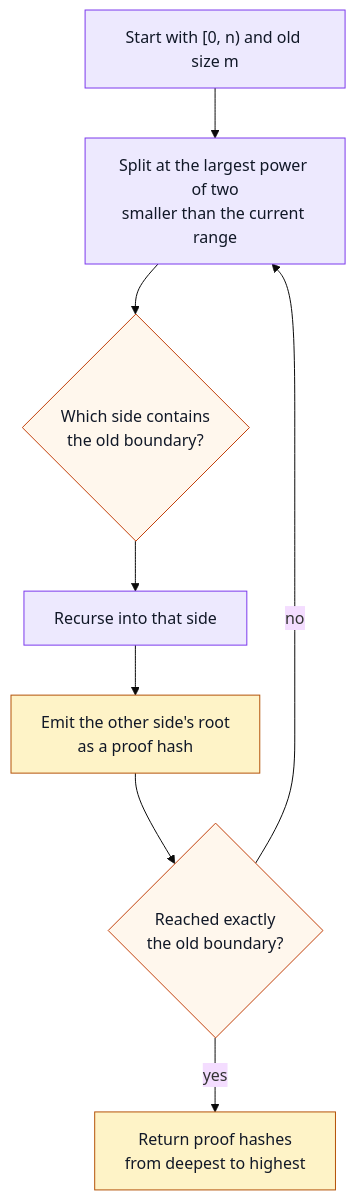
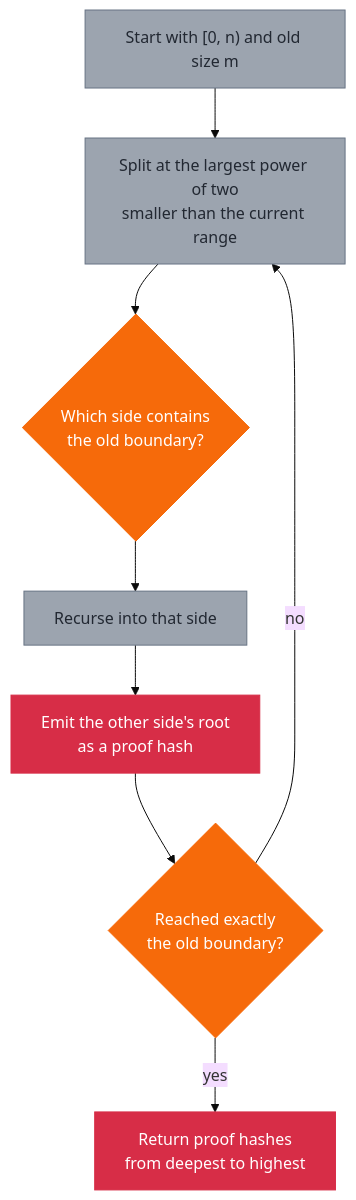
One commit to microsoft/merklecpp changed diagram 16 of 20 in doc/tiles-illustrated.rst. Above: the diagram before and after it, drawn with Mermaid (base theme). The commit also changed other lines of this file, not shown here.

First line of the commit message:
Align illustrated guide with proof atlas

```diff
--- a/doc/tiles-illustrated.rst
+++ b/doc/tiles-illustrated.rst
@@ -626,22 +610,22 @@
 .. mermaid::
 
    flowchart TB
      A["Start with [0, n) and old size m"]:::computed
      B["Split at the largest power of two<br/>smaller than the current range"]:::computed
      C{"Which side contains<br/>the old boundary?"}:::decision
      D["Recurse into that side"]:::computed
      E["Emit the other side's root<br/>as a proof hash"]:::proof
      F{"Reached exactly<br/>the old boundary?"}:::decision
      G["Return proof hashes<br/>from deepest to highest"]:::proof
 
      A --> B
      B --> C
      C --> D
      D --> E
      E --> F
      F -->|no| B
      F -->|yes| G
 
-     classDef computed fill:#ede9fe,stroke:#7c3aed,color:#111827
-     classDef decision fill:#fff7ed,stroke:#c2410c,color:#111827
-     classDef proof fill:#fef3c7,stroke:#b45309,color:#111827
+     classDef computed fill:#9ca4af,stroke:#677384,color:#222832
+     classDef decision fill:#f66a0a,stroke:#f66a0a,color:#ffffff
+     classDef proof fill:#d72d47,stroke:#d72d47,color:#ffffff
```
